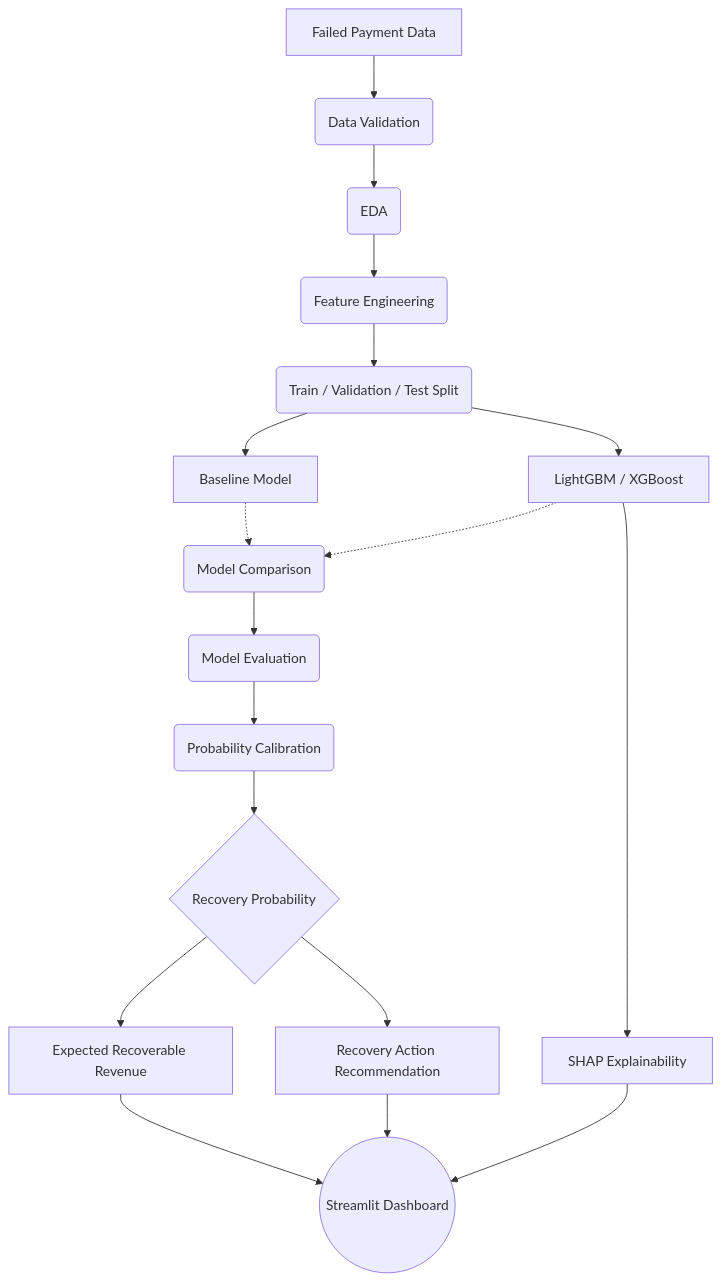
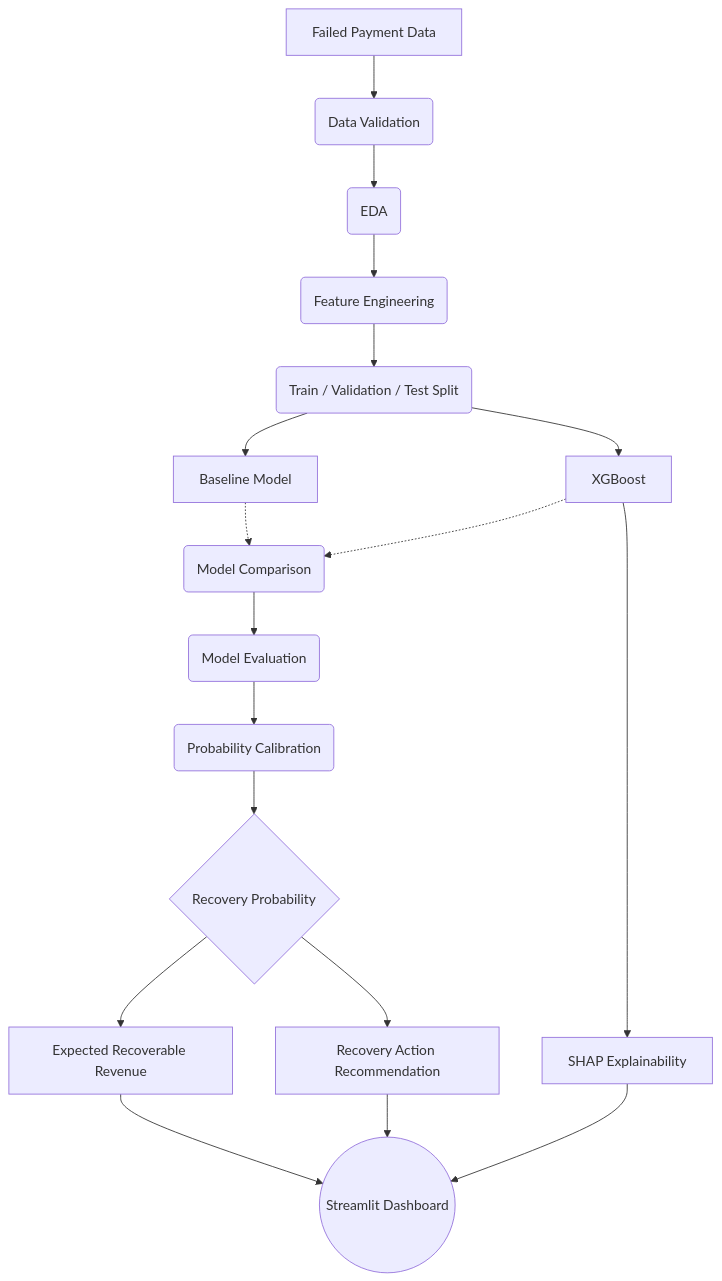
One commit to allknowledge34/razorpay-ai-revenue-recovery changed the diagram in README.md. Above: the diagram before and after it, drawn with Mermaid. The commit also changed other lines of this file and 10 other files, not shown here.

````diff
--- a/README.md
+++ b/README.md
@@ -36,20 +36,20 @@
 ```mermaid
 graph TD
     A[Failed Payment Data] --> B(Data Validation)
     B --> C(EDA)
     C --> D(Feature Engineering)
     D --> E(Train / Validation / Test Split)
     E --> F[Baseline Model]
-    E --> G[LightGBM / XGBoost]
+    E --> G[XGBoost]
     F -.-> H(Model Comparison)
     G -.-> H
     H --> I(Model Evaluation)
     I --> J(Probability Calibration)
     J --> K{Recovery Probability}
     K --> L[Expected Recoverable Revenue]
     K --> M[Recovery Action Recommendation]
     G --> N[SHAP Explainability]
     L --> O((Streamlit Dashboard))
     M --> O
     N --> O
 ```
````
